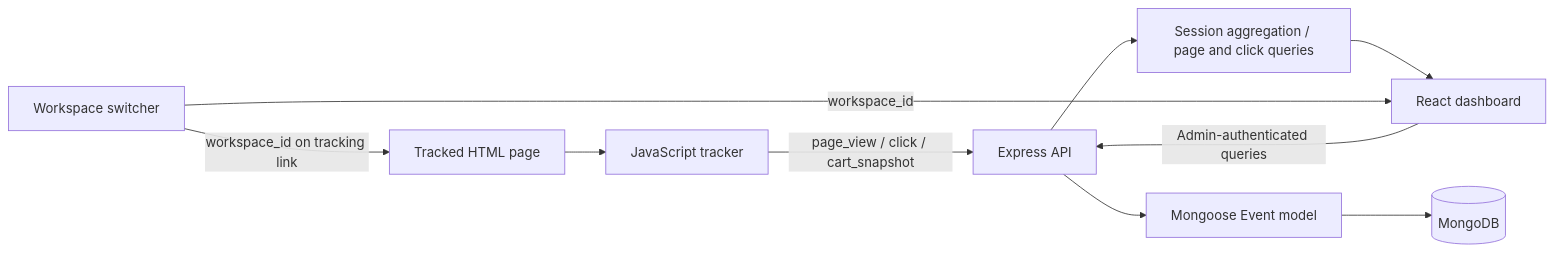
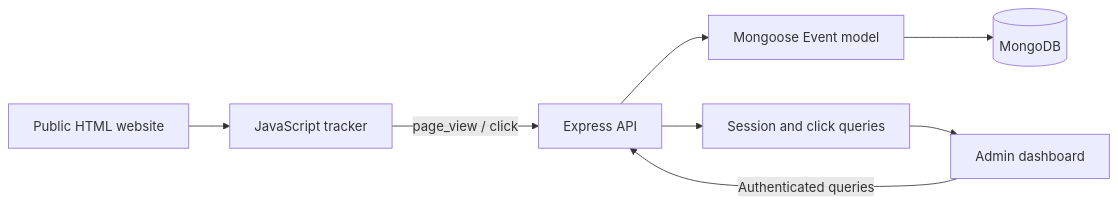
One commit to RICK2814/TRACE-ANALYTICS changed the diagram in README.md. Above: the diagram before and after it, drawn with Mermaid. The commit also changed other lines of this file, not shown here.

Commit message:
Focus README on the single live HTML website

````diff
--- a/README.md
+++ b/README.md
@@ -144,12 +90,10 @@
 ```mermaid
 flowchart LR
-    A[Tracked HTML page] --> B[JavaScript tracker]
-    B -->|page_view / click / cart_snapshot| C[Express API]
+    A[Public HTML website] --> B[JavaScript tracker]
+    B -->|page_view / click| C[Express API]
     C --> D[Mongoose Event model]
     D --> E[(MongoDB)]
-    F[React dashboard] -->|Admin-authenticated queries| C
-    C --> G[Session aggregation / page and click queries]
+    F[Admin dashboard] -->|Authenticated queries| C
+    C --> G[Session and click queries]
     G --> F
-    H[Workspace switcher] -->|workspace_id| F
-    H -->|workspace_id on tracking link| A
 ```
````
